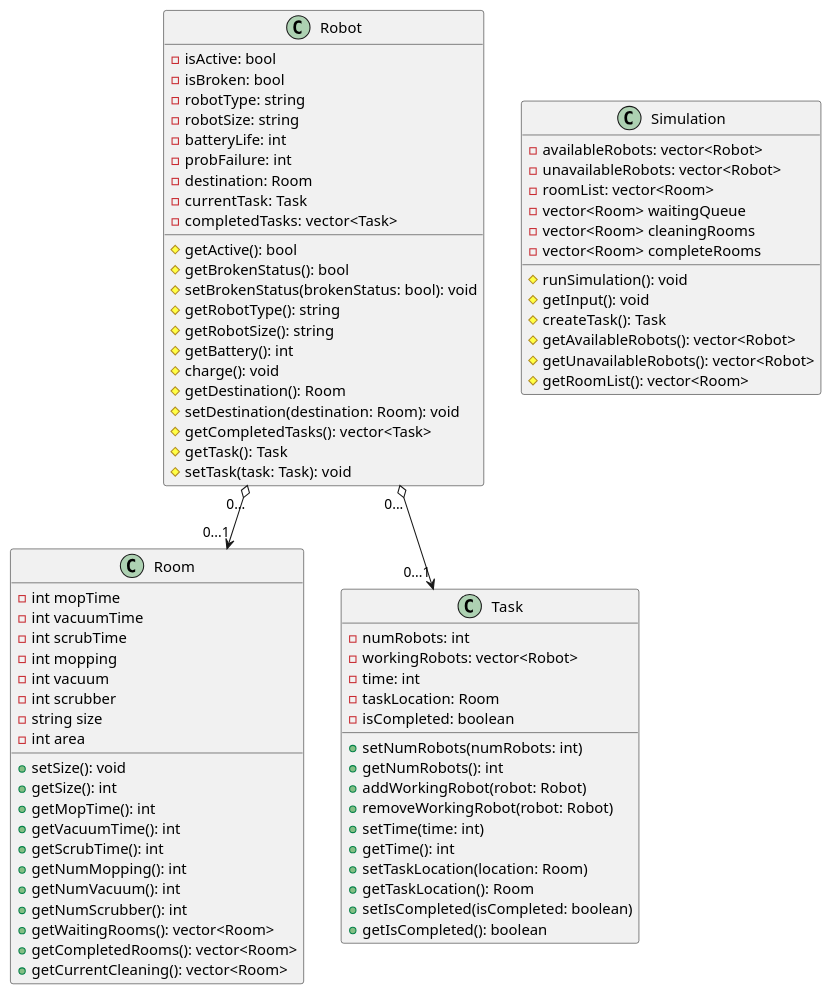
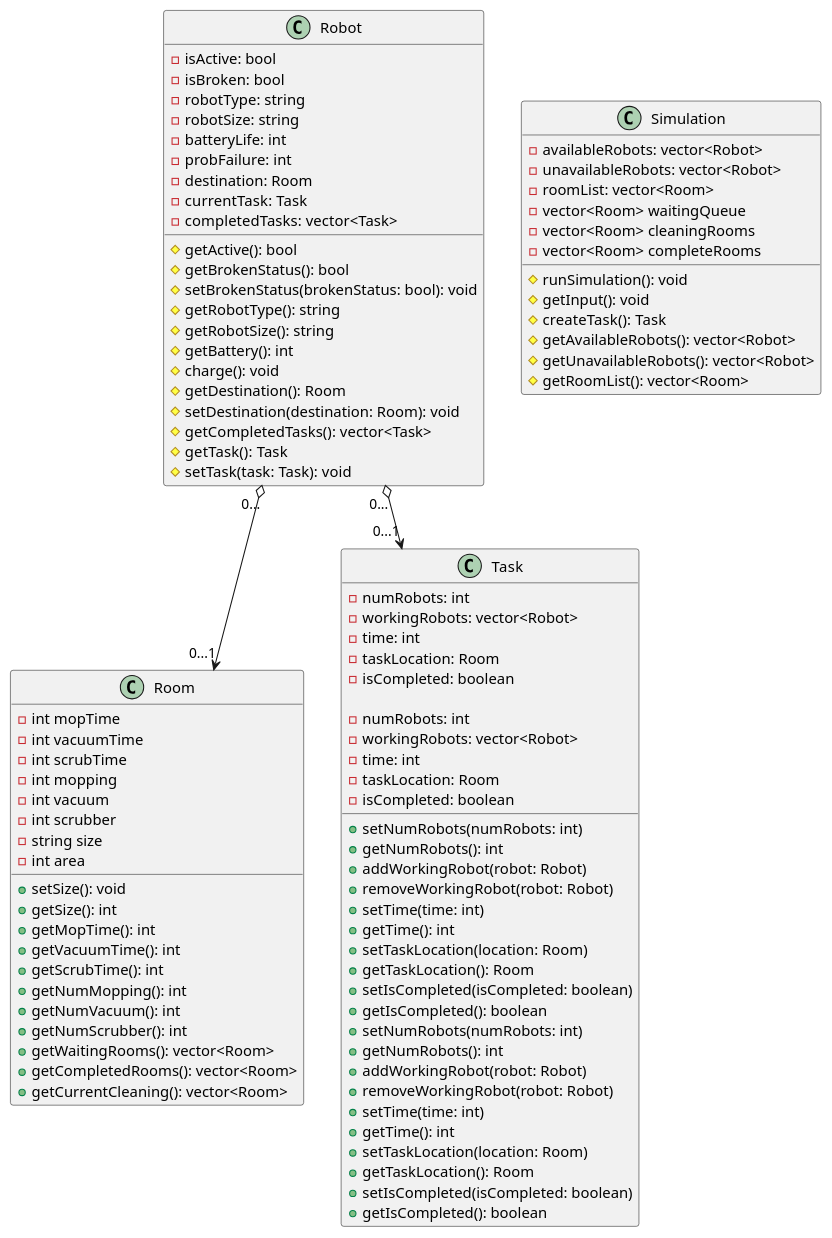
One commit to ur-cs-courses/course-project-clean-squad changed the diagram in docs/design/classDiagrams/firstClassDiagram.puml. Above: the diagram before and after it, drawn with PlantUML.

Commit message:
Update firstClassDiagram.puml to include all the classes

```diff
--- a/docs/design/classDiagrams/firstClassDiagram.puml
+++ b/docs/design/classDiagrams/firstClassDiagram.puml
@@ -1,90 +1,108 @@
-@startuml RobotClassDiagram
+@startuml classDiagrams
 
 class Robot {
     - isActive: bool
     - isBroken: bool
     - robotType: string
     - robotSize: string
     - batteryLife: int
     - probFailure: int
     - destination: Room
     - currentTask: Task
     - completedTasks: vector<Task>
     # getActive(): bool
     # getBrokenStatus(): bool
     # setBrokenStatus(brokenStatus: bool): void
     # getRobotType(): string
     # getRobotSize(): string
     # getBattery(): int
     # charge(): void
     # getDestination(): Room
     # setDestination(destination: Room): void
     # getCompletedTasks(): vector<Task>
     # getTask(): Task
     # setTask(task: Task): void
 }
 
 class Room {
     - int mopTime
     - int vacuumTime
     - int scrubTime
     - int mopping
     - int vacuum
     - int scrubber
     - string size
     - int area
 
     + setSize(): void
     + getSize(): int
     + getMopTime(): int
     + getVacuumTime(): int
     + getScrubTime(): int
     + getNumMopping(): int
     + getNumVacuum(): int
     + getNumScrubber(): int
     + getWaitingRooms(): vector<Room>
     + getCompletedRooms(): vector<Room>
     + getCurrentCleaning(): vector<Room>
     
 
 }
 
 class Task {
     - numRobots: int
     - workingRobots: vector<Robot>
     - time: int
     - taskLocation: Room
     - isCompleted: boolean
 
     + setNumRobots(numRobots: int)
     + getNumRobots(): int
     + addWorkingRobot(robot: Robot)
     + removeWorkingRobot(robot: Robot)
     + setTime(time: int)
     + getTime(): int
     + setTaskLocation(location: Room)
     + getTaskLocation(): Room
     + setIsCompleted(isCompleted: boolean)
     + getIsCompleted(): boolean
 }
 
 class Simulation {
     - availableRobots: vector<Robot>
     - unavailableRobots: vector<Robot>
     - roomList: vector<Room>
     - vector<Room> waitingQueue
     - vector<Room> cleaningRooms
     - vector<Room> completeRooms
 
     # runSimulation(): void
     # getInput(): void
     # createTask(): Task
     # getAvailableRobots(): vector<Robot>
     # getUnavailableRobots(): vector<Robot>
     # getRoomList(): vector<Room>
 }
 
+class Task {
+  - numRobots: int
+  - workingRobots: vector<Robot>
+  - time: int
+  - taskLocation: Room
+  - isCompleted: boolean
+  + setNumRobots(numRobots: int)
+  + getNumRobots(): int
+  + addWorkingRobot(robot: Robot)
+  + removeWorkingRobot(robot: Robot)
+  + setTime(time: int)
+  + getTime(): int
+  + setTaskLocation(location: Room)
+  + getTaskLocation(): Room
+  + setIsCompleted(isCompleted: boolean)
+  + getIsCompleted(): boolean
+}
+
 Robot "0..." o--> "0...1" Room
 Robot "0..." o--> "0...1" Task
 
 @enduml
```
